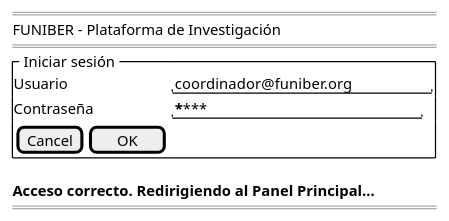
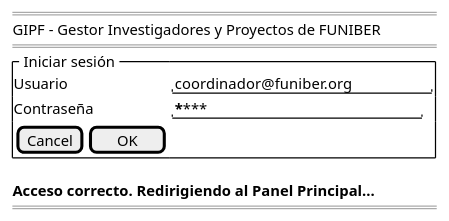
One commit to 31Diego/25-26-IdSw1-SdR changed the third of 3 diagrams in documents/casosDeUso/detalle/coordinador/00-autenticacion/iniciarSesion/prototipo/prototipo.puml. Above: the diagram before and after it, drawn with PlantUML. The commit also changed other lines of this file and 9 other files, not shown here.

```diff
--- a/documents/casosDeUso/detalle/coordinador/00-autenticacion/iniciarSesion/prototipo/prototipo.puml
+++ b/documents/casosDeUso/detalle/coordinador/00-autenticacion/iniciarSesion/prototipo/prototipo.puml
@@ -33,16 +33,16 @@
 @startsalt iniciarSesion-credenciales-correctas-wireframe
 {
     ====
-    FUNIBER - Plataforma de Investigación
+    GIPF - Gestor Investigadores y Proyectos de FUNIBER
     ====
     {^" Iniciar sesión "
         Usuario    | "coordinador@funiber.org   "
         Contraseña | "********                 "
         {
             [Cancel] | [  OK   ]
         }
     }
     **Acceso correcto. Redirigiendo al Panel Principal...**
     ====
 }
 @endsalt
```
